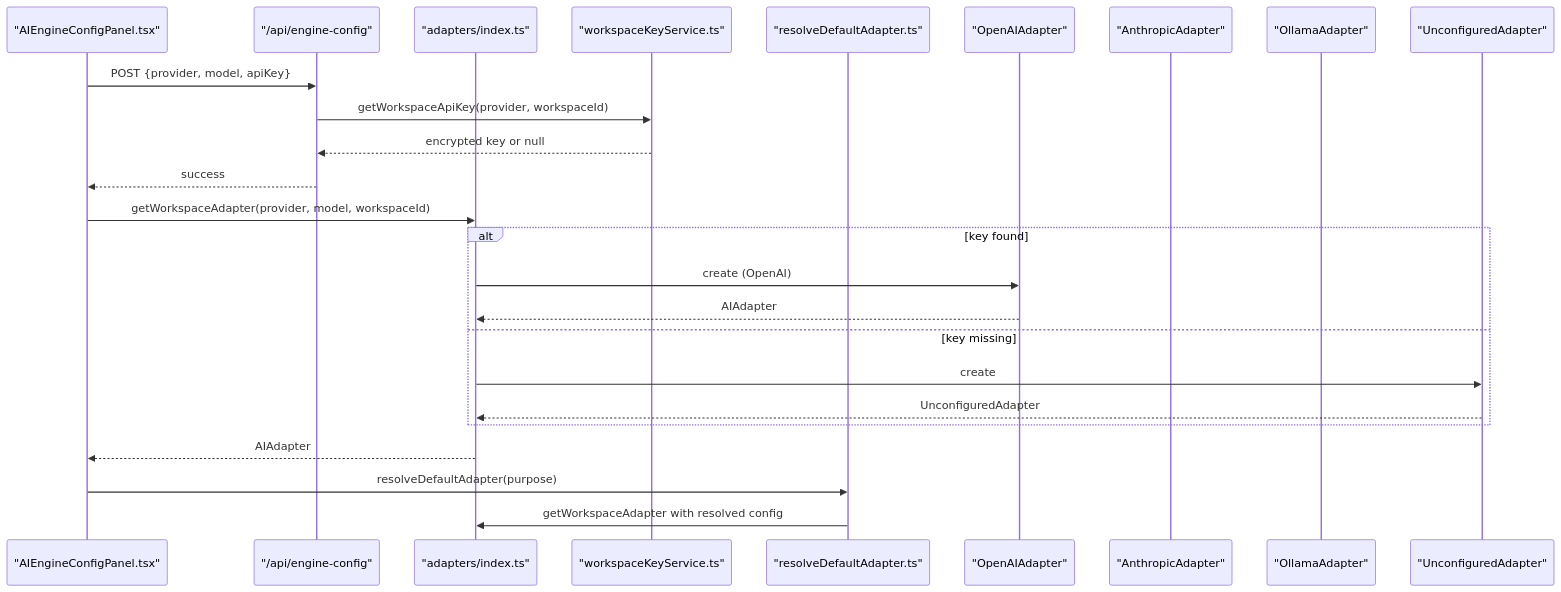
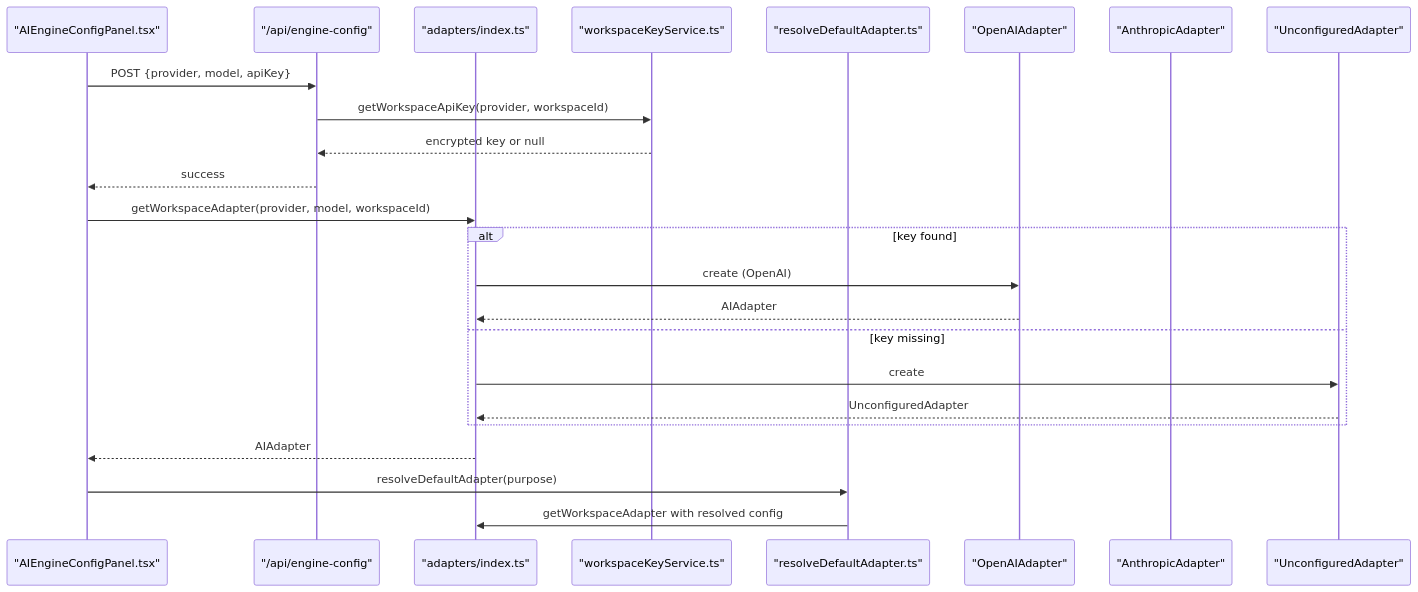
The sixth of 13 diagrams in .qoder/repowiki/en/content/AI Generation Engine/Model Configuration & Selection/Model Configuration & Selection.md (shekhargiri005-dotcom/AI-powered-accessibility-first-UI-engine), drawn with Mermaid before and after one commit. The commit also changed other lines of this file and 7 other files, not shown here.

````diff
--- a/.qoder/repowiki/en/content/AI Generation Engine/Model Configuration & Selection/Model Configuration & Selection.md
+++ b/.qoder/repowiki/en/content/AI Generation Engine/Model Configuration & Selection/Model Configuration & Selection.md
@@ -360,27 +349,26 @@
 ```mermaid
 sequenceDiagram
 participant UI as "AIEngineConfigPanel.tsx"
 participant API as "/api/engine-config"
 participant IDX as "adapters/index.ts"
 participant WS as "workspaceKeyService.ts"
 participant RDA as "resolveDefaultAdapter.ts"
 participant OA as "OpenAIAdapter"
 participant AA as "AnthropicAdapter"
-participant OL as "OllamaAdapter"
 participant UA as "UnconfiguredAdapter"
 UI->>API : POST {provider, model, apiKey}
 API->>WS : getWorkspaceApiKey(provider, workspaceId)
 WS-->>API : encrypted key or null
 API-->>UI : success
 UI->>IDX : getWorkspaceAdapter(provider, model, workspaceId)
 alt key found
 IDX->>OA : create (OpenAI)
 OA-->>IDX : AIAdapter
 else key missing
 IDX->>UA : create
 UA-->>IDX : UnconfiguredAdapter
 end
 IDX-->>UI : AIAdapter
 UI->>RDA : resolveDefaultAdapter(purpose)
 RDA->>IDX : getWorkspaceAdapter with resolved config
 ```
````
